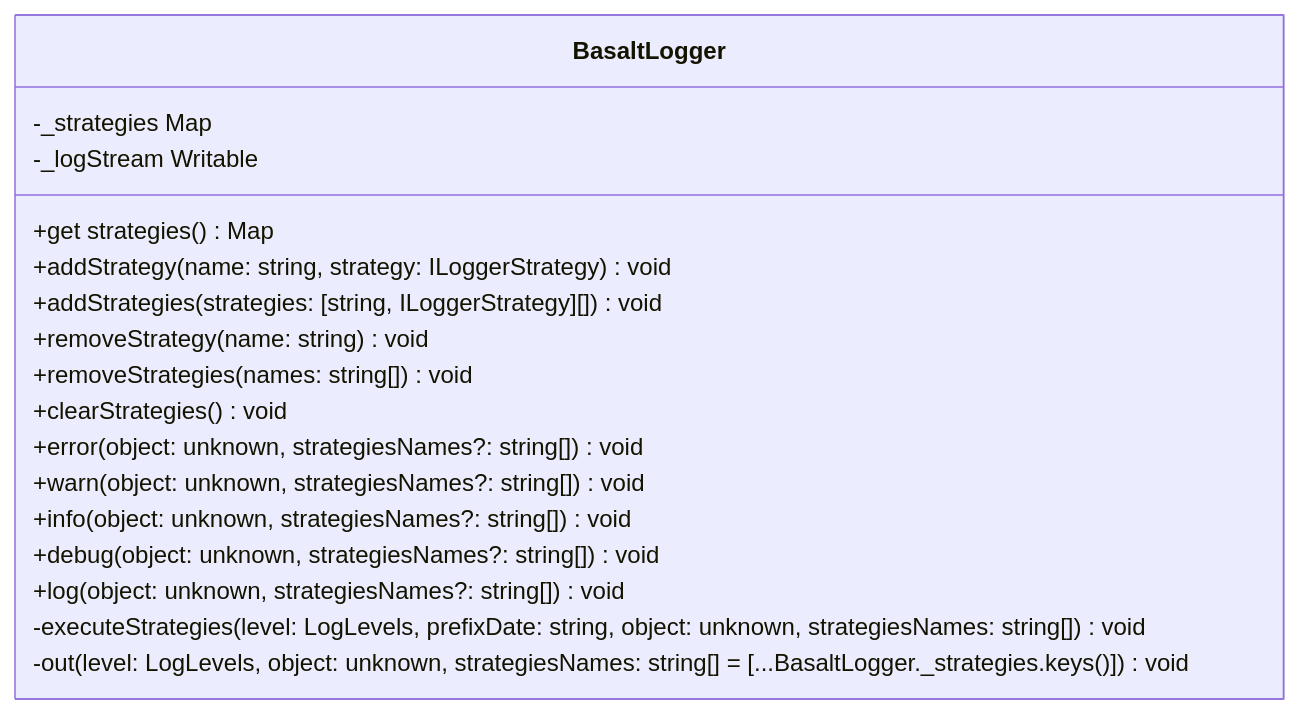
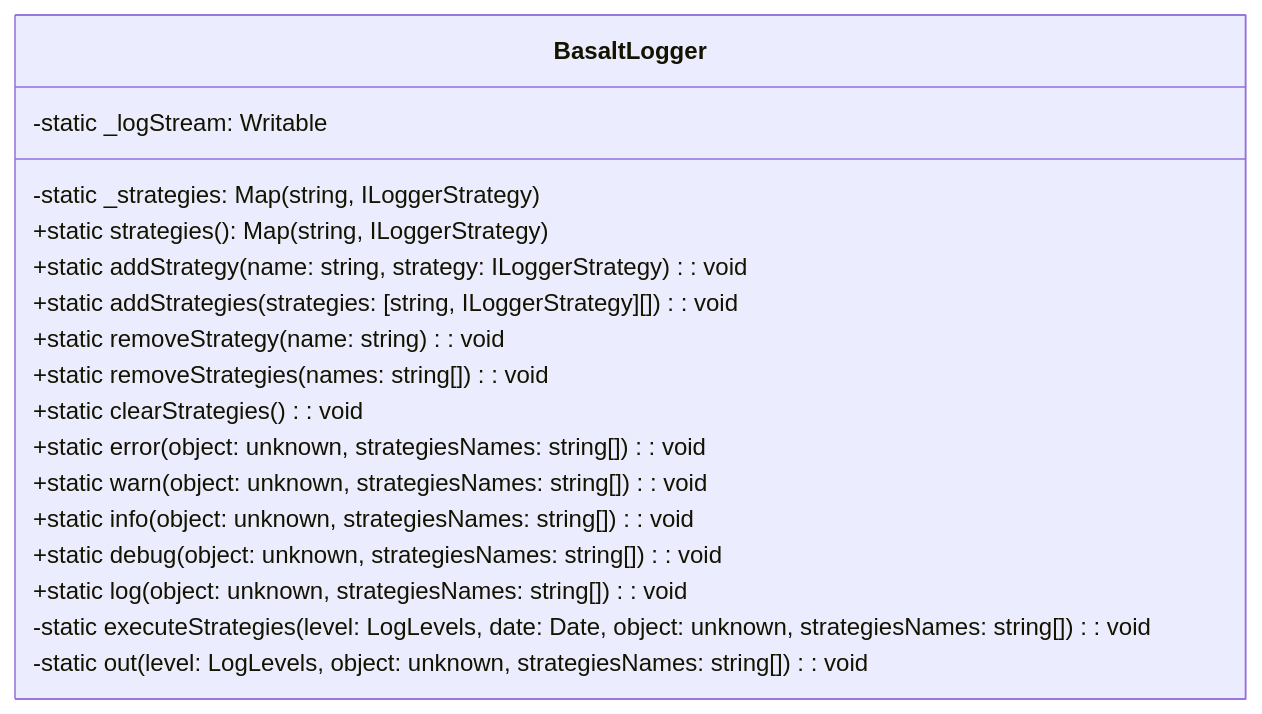
Before and after one commit to Basalt-Lab/basalt-doc: the diagram in docs/basalt-logger/reference/BasaltLogger.en.md, drawn with Mermaid. The commit also changed 5 other files, not shown here.

Commit message:
docs: update references basalt logger

````diff
--- a/docs/basalt-logger/reference/BasaltLogger.en.md
+++ b/docs/basalt-logger/reference/BasaltLogger.en.md
@@ -7,20 +7,20 @@
-```mermaid
+```mermaid    
 classDiagram
     class BasaltLogger {
-        -_strategies Map<string, ILoggerStrategy>
-        -_logStream Writable
-        +get strategies() Map<string, ILoggerStrategy>
-        +addStrategy(name: string, strategy: ILoggerStrategy) void
-        +addStrategies(strategies: [string, ILoggerStrategy][]) void
-        +removeStrategy(name: string) void
-        +removeStrategies(names: string[]) void
-        +clearStrategies() void
-        +error(object: unknown, strategiesNames?: string[]) void
-        +warn(object: unknown, strategiesNames?: string[]) void
-        +info(object: unknown, strategiesNames?: string[]) void
-        +debug(object: unknown, strategiesNames?: string[]) void
-        +log(object: unknown, strategiesNames?: string[]) void
-        -executeStrategies(level: LogLevels, prefixDate: string, object: unknown, strategiesNames: string[]) void
-        -out(level: LogLevels, object: unknown, strategiesNames: string[] = [...BasaltLogger._strategies.keys()]) void
+        -static _strategies: Map(string, ILoggerStrategy)
+        -static _logStream: Writable
+        +static strategies(): Map(string, ILoggerStrategy)
+        +static addStrategy(name: string, strategy: ILoggerStrategy): void
+        +static addStrategies(strategies: [string, ILoggerStrategy][]): void
+        +static removeStrategy(name: string): void
+        +static removeStrategies(names: string[]): void
+        +static clearStrategies(): void
+        +static error(object: unknown, strategiesNames: string[]): void
+        +static warn(object: unknown, strategiesNames: string[]): void
+        +static info(object: unknown, strategiesNames: string[]): void
+        +static debug(object: unknown, strategiesNames: string[]): void
+        +static log(object: unknown, strategiesNames: string[]): void
+        -static executeStrategies(level: LogLevels, date: Date, object: unknown, strategiesNames: string[]): void
+        -static out(level: LogLevels, object: unknown, strategiesNames: string[]): void
     }
 ```
````
